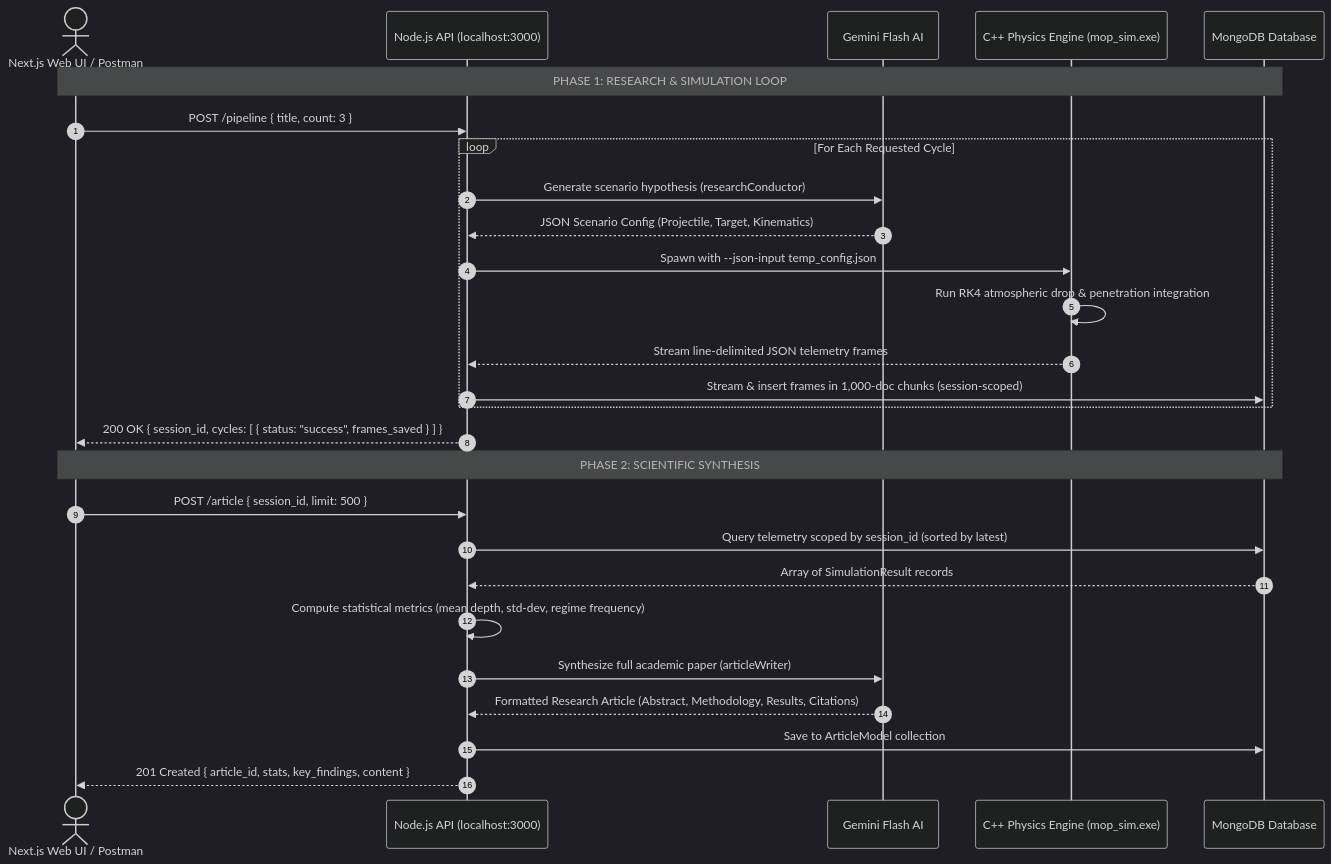
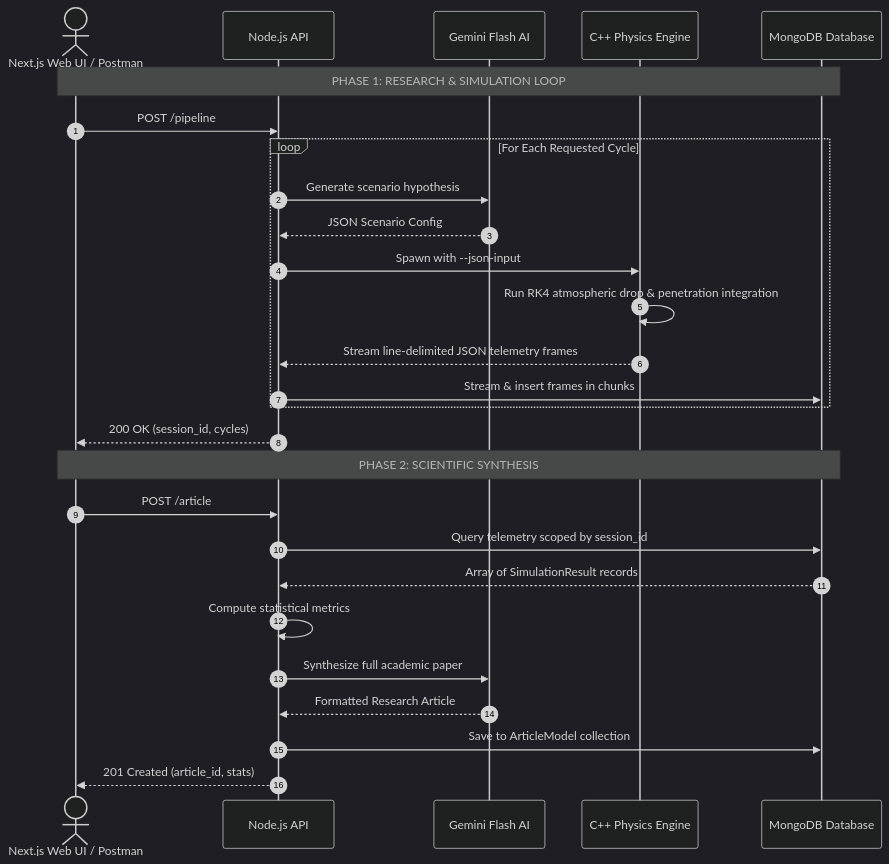
One commit to omid2007hope/MOP-Simulator changed the second of 2 diagrams in README.md. Above: the diagram before and after it, drawn with Mermaid (dark theme). The commit also changed other lines of this file, not shown here.

Commit message:
docs: clean up emojis and syntax in README mermaid diagrams

````diff
--- a/README.md
+++ b/README.md
@@ -82,31 +82,31 @@
 ```mermaid
 sequenceDiagram
     autonumber
     actor User as Next.js Web UI / Postman
-    participant API as Node.js API (localhost:3000)
+    participant API as Node.js API
     participant AI as Gemini Flash AI
-    participant CPP as C++ Physics Engine (mop_sim.exe)
+    participant CPP as C++ Physics Engine
     participant DB as MongoDB Database
 
     Note over User, DB: PHASE 1: RESEARCH & SIMULATION LOOP
-    User->>API: POST /pipeline { title, count: 3 }
+    User->>API: POST /pipeline
     loop For Each Requested Cycle
-        API->>AI: Generate scenario hypothesis (researchConductor)
-        AI-->>API: JSON Scenario Config (Projectile, Target, Kinematics)
-        API->>CPP: Spawn with --json-input temp_config.json
+        API->>AI: Generate scenario hypothesis
+        AI-->>API: JSON Scenario Config
+        API->>CPP: Spawn with --json-input
         CPP->>CPP: Run RK4 atmospheric drop & penetration integration
         CPP-->>API: Stream line-delimited JSON telemetry frames
-        API->>DB: Stream & insert frames in 1,000-doc chunks (session-scoped)
+        API->>DB: Stream & insert frames in chunks
     end
-    API-->>User: 200 OK { session_id, cycles: [ { status: "success", frames_saved } ] }
+    API-->>User: 200 OK (session_id, cycles)
 
     Note over User, DB: PHASE 2: SCIENTIFIC SYNTHESIS
-    User->>API: POST /article { session_id, limit: 500 }
-    API->>DB: Query telemetry scoped by session_id (sorted by latest)
+    User->>API: POST /article
+    API->>DB: Query telemetry scoped by session_id
     DB-->>API: Array of SimulationResult records
-    API->>API: Compute statistical metrics (mean depth, std-dev, regime frequency)
-    API->>AI: Synthesize full academic paper (articleWriter)
-    AI-->>API: Formatted Research Article (Abstract, Methodology, Results, Citations)
+    API->>API: Compute statistical metrics
+    API->>AI: Synthesize full academic paper
+    AI-->>API: Formatted Research Article
     API->>DB: Save to ArticleModel collection
-    API-->>User: 201 Created { article_id, stats, key_findings, content }
+    API-->>User: 201 Created (article_id, stats)
 ```
````
